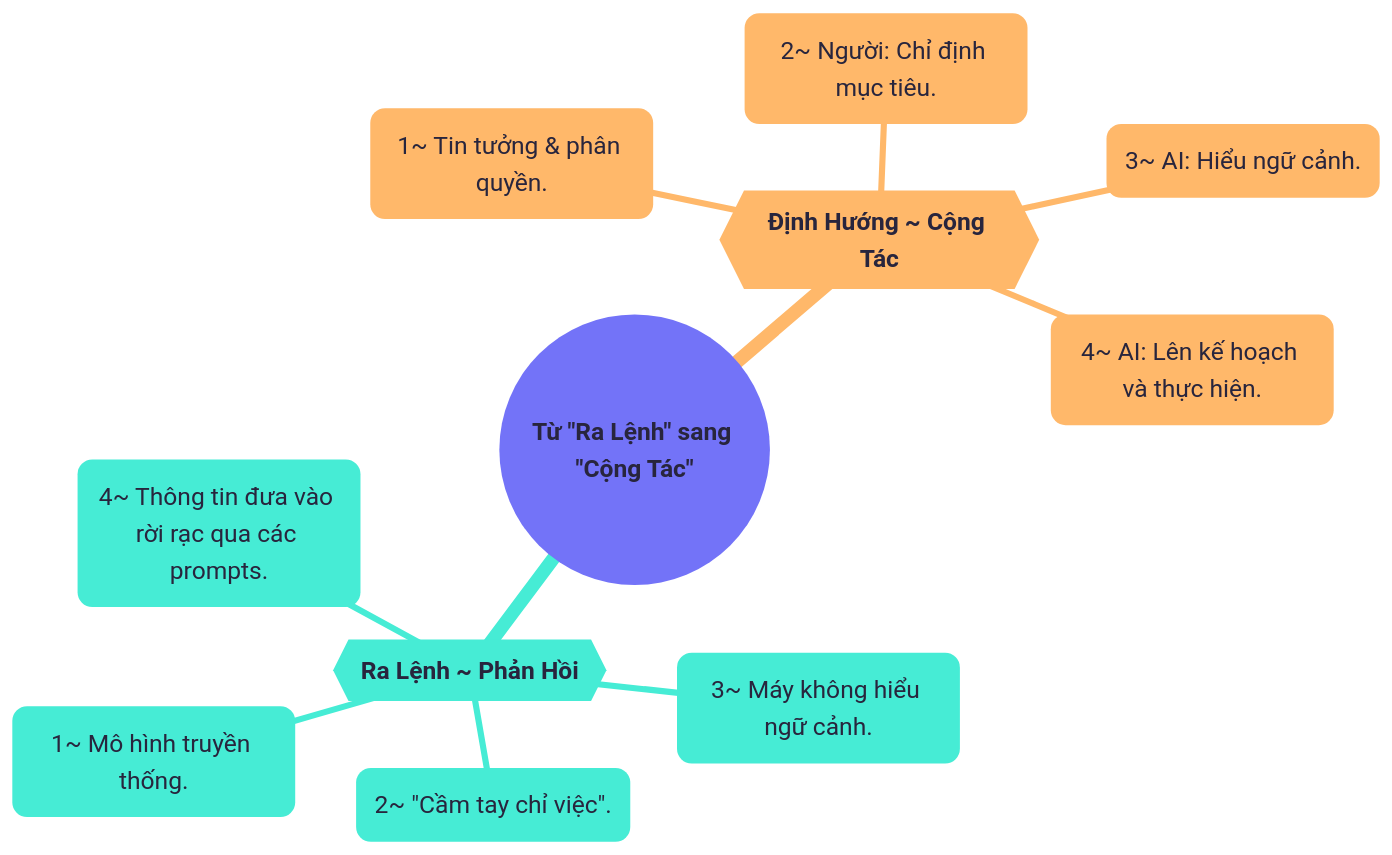
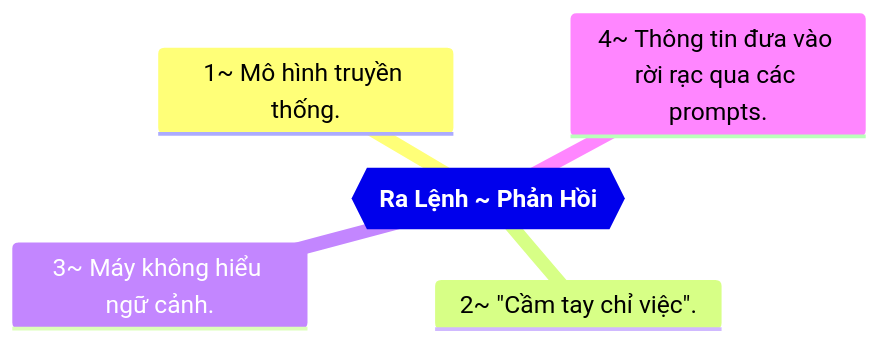
The diagram in content/diagrams/chapter04-ralenh-phanhoi.mmd (sam-uit/typst-report-template), drawn with Mermaid before and after one commit.

```diff
--- a/content/diagrams/chapter04-ralenh-phanhoi.mmd
+++ b/content/diagrams/chapter04-ralenh-phanhoi.mmd
@@ -1,19 +1,13 @@
 ---
 config:
-  theme: redux-color
+  theme: mc
   themeVariables:
     fontFamily: Google Sans
     fontSize: 20px
 ---
 mindmap
-((**Từ "Ra Lệnh" sang "Cộng Tác"**))
-  {{**Ra Lệnh ~ Phản Hồi**}}
-    1~ Mô hình truyền thống.
-    2~ "Cầm tay chỉ việc".
-    3~ Máy không hiểu ngữ cảnh.
-    4~ Thông tin đưa vào rời rạc qua các prompts.
-  {{**Định Hướng ~ Cộng Tác**}}
-    1~ Tin tưởng & phân quyền.
-    2~ Người: Chỉ định mục tiêu.
-    3~ AI: Hiểu ngữ cảnh.
-    4~ AI: Lên kế hoạch và thực hiện.
+{{**Ra Lệnh ~ Phản Hồi**}}
+  1~ Mô hình truyền thống.
+  2~ "Cầm tay chỉ việc".
+  3~ Máy không hiểu ngữ cảnh.
+  4~ Thông tin đưa vào rời rạc qua các prompts.
```
